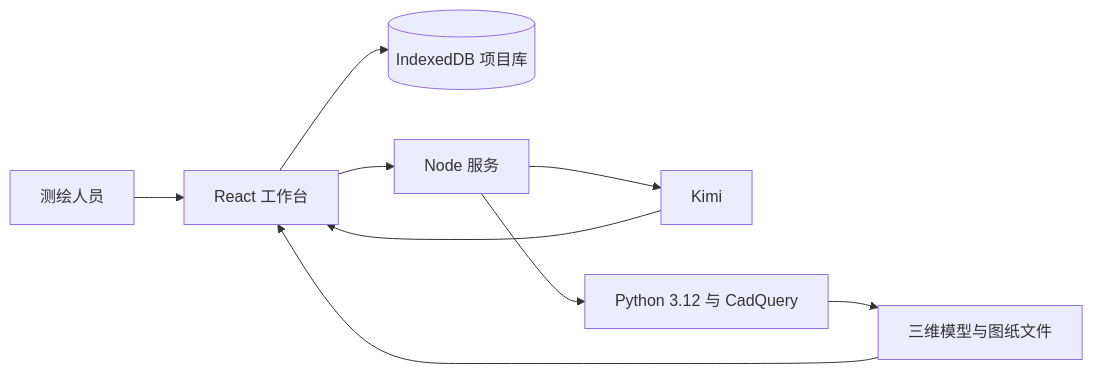
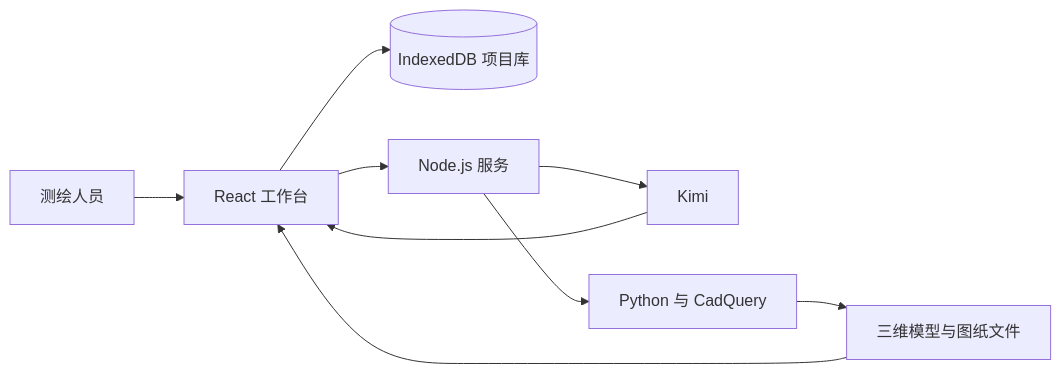
Before and after one commit to jiajiajiang91-design/heritage-survey-workbench: the diagram in README.md, drawn with Mermaid. The commit also changed other lines of this file, not shown here.

````diff
--- a/README.md
+++ b/README.md
@@ -158,11 +130,11 @@
 ```mermaid
 flowchart LR
     U[测绘人员] --> W[React 工作台]
     W --> DB[(IndexedDB 项目库)]
-    W --> API[Node 服务]
+    W --> API[Node.js 服务]
     API --> AI[Kimi]
-    API --> CAD[Python 3.12 与 CadQuery]
+    API --> CAD[Python 与 CadQuery]
     CAD --> OUT[三维模型与图纸文件]
     OUT --> W
     AI --> W
 ```
````
